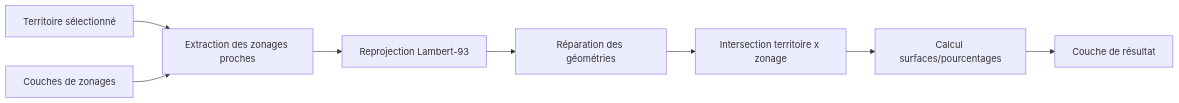
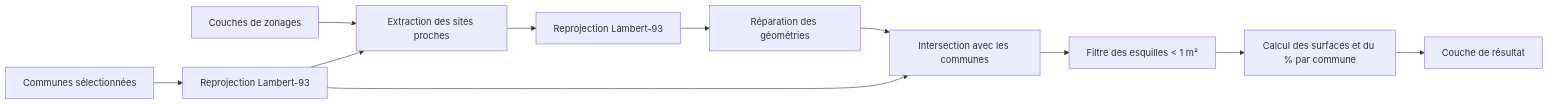
The first of 2 diagrams in README.md (LaurentG9661/Zonages-Proteges-QGIS), drawn with Mermaid before and after one commit. The commit also changed other lines of this file, not shown here.

````diff
--- a/README.md
+++ b/README.md
@@ -11,10 +12,13 @@
 ```mermaid
 flowchart LR
-    A[Territoire sélectionné] --> C[Extraction des zonages proches]
-    B[Couches de zonages] --> C
+    A[Communes sélectionnées] --> A2[Reprojection Lambert-93]
+    B[Couches de zonages] --> C[Extraction des sites proches]
+    A2 --> C
     C --> D[Reprojection Lambert-93]
     D --> E[Réparation des géométries]
-    E --> F[Intersection territoire x zonage]
-    F --> G[Calcul surfaces/pourcentages]
-    G --> H[Couche de résultat]
+    E --> F[Intersection avec les communes]
+    A2 --> F
+    F --> G[Filtre des esquilles < 1 m²]
+    G --> H[Calcul des surfaces et du % par commune]
+    H --> I[Couche de résultat]
 ```
````
